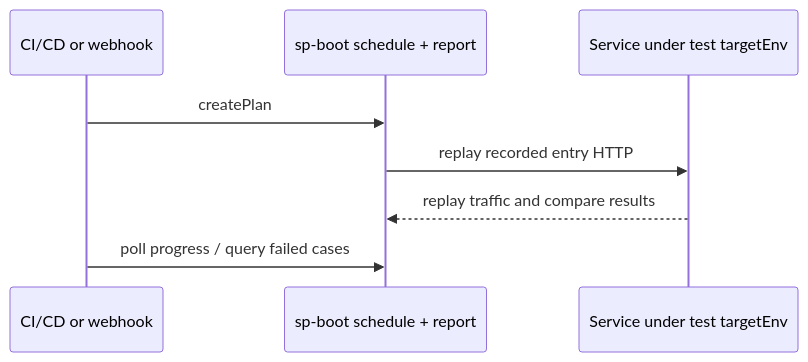
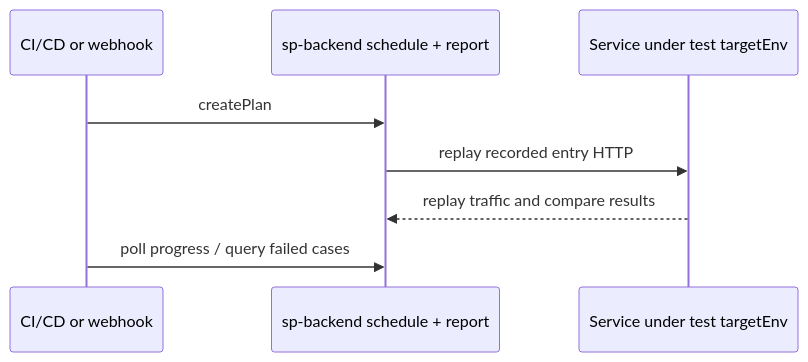
The diagram in en/testing/webhook-and-ci.md (softprobe/document-website), drawn with Mermaid before and after one commit. The commit also changed other lines of this file and 26 other files, not shown here.

````diff
--- a/en/testing/webhook-and-ci.md
+++ b/en/testing/webhook-and-ci.md
@@ -27,10 +27,10 @@
 ```mermaid
 sequenceDiagram
   participant CI as CI/CD or webhook
-  participant API as sp-boot schedule + report
+  participant API as sp-backend schedule + report
   participant SUT as Service under test targetEnv
   CI->>API: createPlan
   API->>SUT: replay recorded entry HTTP
   SUT-->>API: replay traffic and compare results
   CI->>API: poll progress / query failed cases
 ```
````
